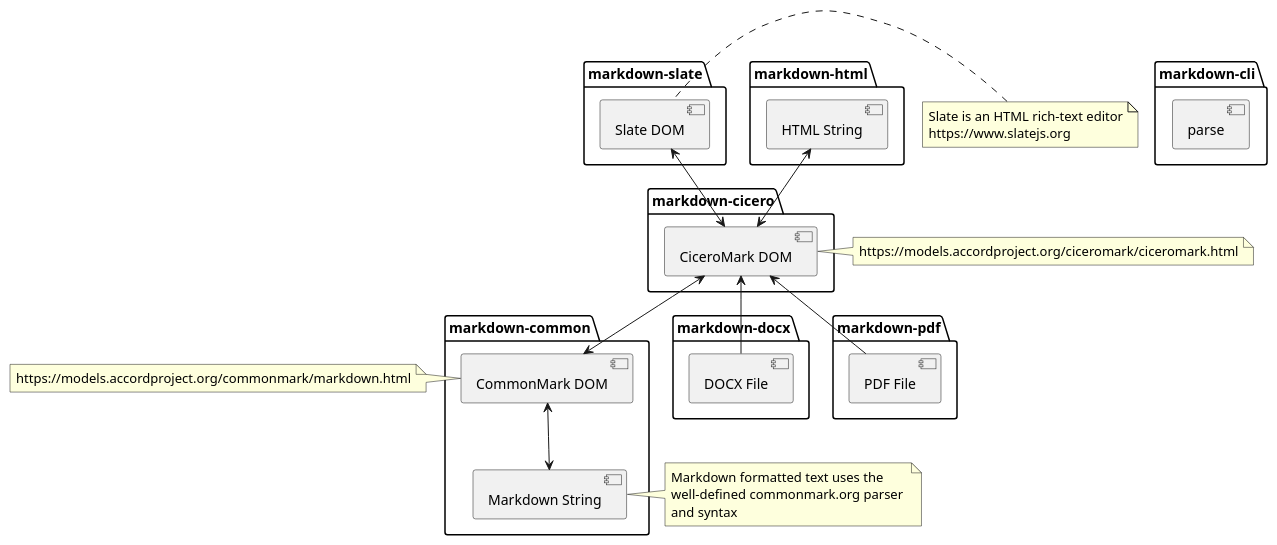
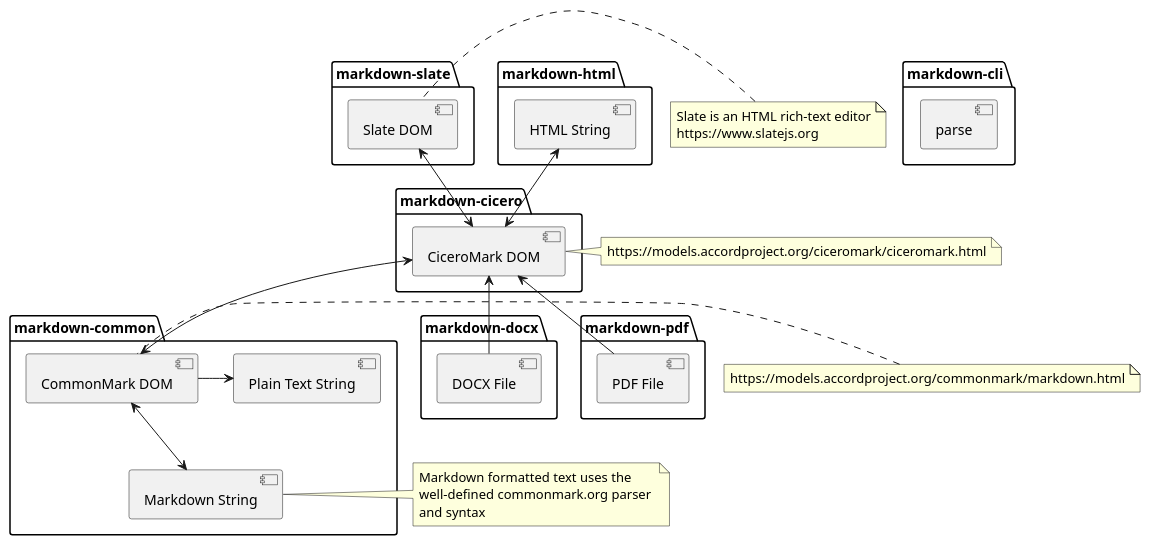
Before and after one commit to accordproject/markdown-transform: the diagram in architecture.puml, drawn with PlantUML. The commit also changed 7 other files, not shown here.

First line of the commit message:
(feat) convert commonmark dom to plain text (#185)

```diff
--- a/architecture.puml
+++ b/architecture.puml
@@ -1,48 +1,49 @@
 @startuml
 package "markdown-cli" {
   [parse]
 }
 
 package "markdown-common" {
   [Markdown String] <-up-> [CommonMark DOM]
+  [CommonMark DOM] -right-> [Plain Text String] 
 }
 
 note left of [CommonMark DOM]
   https://models.accordproject.org/commonmark/markdown.html
 end note
 
 note right of [Markdown String]
   Markdown formatted text uses the 
   well-defined commonmark.org parser 
   and syntax
 end note
 
 package "markdown-cicero" {
   [CommonMark DOM] <-up-> [CiceroMark DOM]
 }
 
 note left of [CiceroMark DOM]
   https://models.accordproject.org/ciceromark/ciceromark.html
 end note
 
 package "markdown-slate" {
   [CiceroMark DOM] <-up-> [Slate DOM]
 }
 
 note left of [Slate DOM]
   Slate is an HTML rich-text editor
   https://www.slatejs.org
 end note
 
 package "markdown-html" {
   [CiceroMark DOM] <-up-> [HTML String]
 }
 
 package "markdown-docx" {
   [CiceroMark DOM] <-- [DOCX File]
 }
 
 package "markdown-pdf" {
   [CiceroMark DOM] <-- [PDF File]
 }
 @enduml
```
